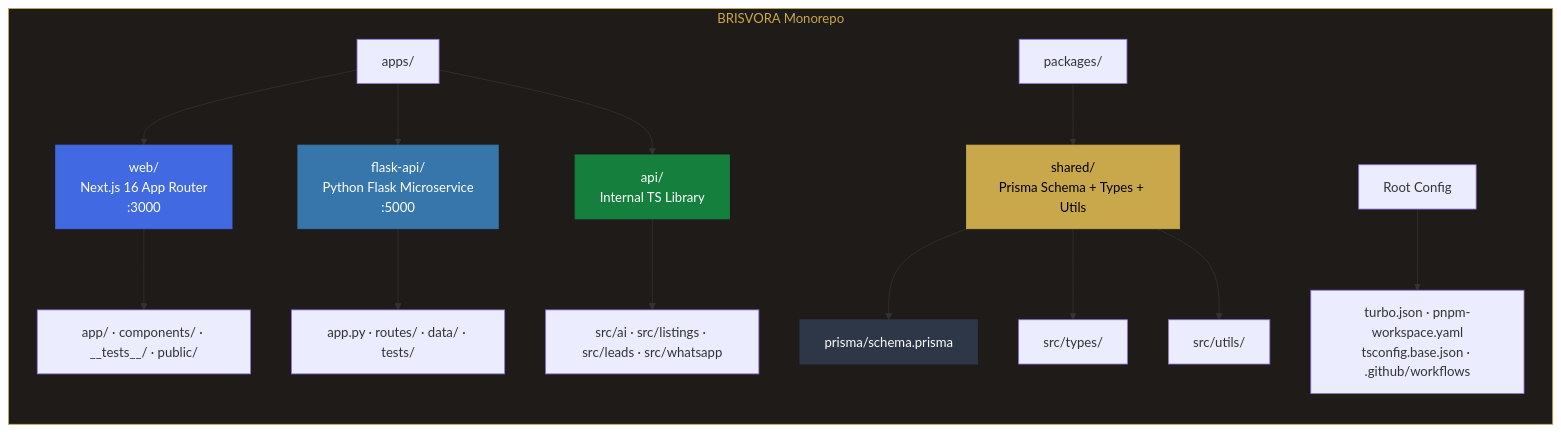
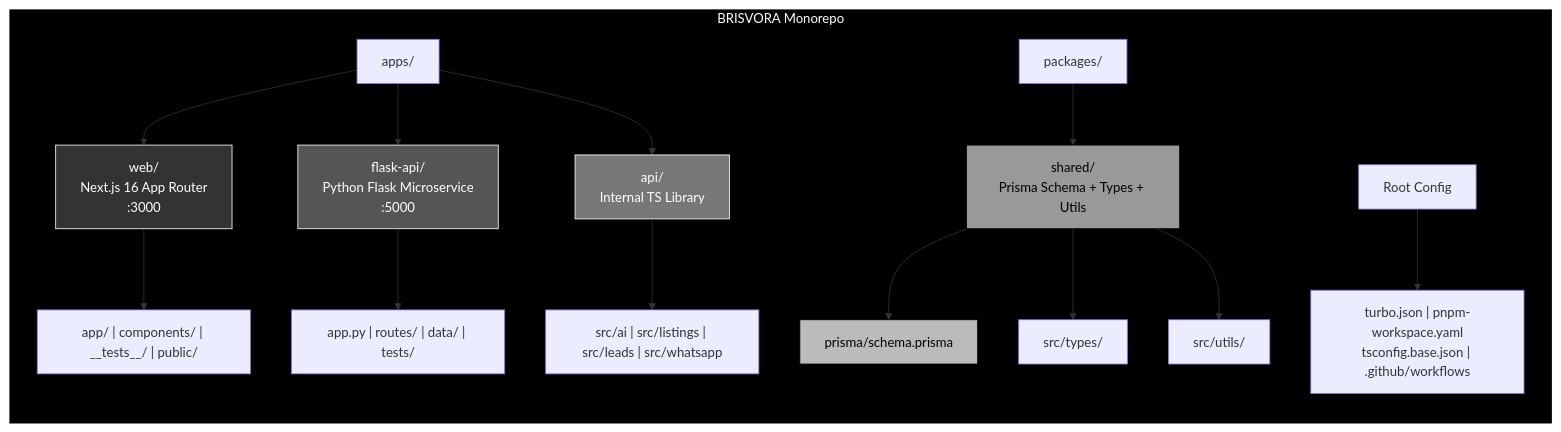
The first of 16 diagrams in README.md (DeadCoder-N/Soryvanta), drawn with Mermaid before and after one commit. The commit also changed other lines of this file, not shown here.

````diff
--- a/README.md
+++ b/README.md
@@ -49,27 +49,27 @@
 ```mermaid
 flowchart LR
     subgraph BRISVORA["BRISVORA Monorepo"]
         direction TB
         APPS["apps/"] --> WEB["web/<br/>Next.js 16 App Router<br/>:3000"]
         APPS --> FLASK["flask-api/<br/>Python Flask Microservice<br/>:5000"]
         APPS --> API["api/<br/>Internal TS Library"]
-        
-        WEB --> WEB_DIRS["app/ · components/ · __tests__/ · public/"]
-        FLASK --> FLASK_DIRS["app.py · routes/ · data/ · tests/"]
-        API --> API_SRC["src/ai · src/listings · src/leads · src/whatsapp"]
-        
+
+        WEB --> WEB_DIRS["app/ | components/ | __tests__/ | public/"]
+        FLASK --> FLASK_DIRS["app.py | routes/ | data/ | tests/"]
+        API --> API_SRC["src/ai | src/listings | src/leads | src/whatsapp"]
+
         PACKAGES["packages/"] --> SHARED["shared/<br/>Prisma Schema + Types + Utils"]
         SHARED --> PRISMA["prisma/schema.prisma"]
         SHARED --> TYPES["src/types/"]
         SHARED --> UTILS["src/utils/"]
-        
-        ROOT["Root Config"] --> FILES["turbo.json · pnpm-workspace.yaml<br/>tsconfig.base.json · .github/workflows"]
+
+        ROOT["Root Config"] --> FILES["turbo.json | pnpm-workspace.yaml<br/>tsconfig.base.json | .github/workflows"]
     end
 
-    style BRISVORA fill:#1e1b18,color:#C9A84C,stroke:#C9A84C
-    style WEB fill:#4169E1,color:#fff,stroke:#4169E1
-    style FLASK fill:#3776AB,color:#fff,stroke:#3776AB
-    style API fill:#15803D,color:#fff,stroke:#15803D
-    style SHARED fill:#C9A84C,color:#000,stroke:#C9A84C
-    style PRISMA fill:#2D3748,color:#fff,stroke:#2D3748
+    style BRISVORA fill:#000,color:#fff,stroke:#fff,stroke-width:2px
+    style WEB fill:#333,color:#fff,stroke:#fff
+    style FLASK fill:#555,color:#fff,stroke:#fff
+    style API fill:#777,color:#fff,stroke:#fff
+    style SHARED fill:#999,color:#000,stroke:#000
+    style PRISMA fill:#bbb,color:#000,stroke:#000
 ```
````
